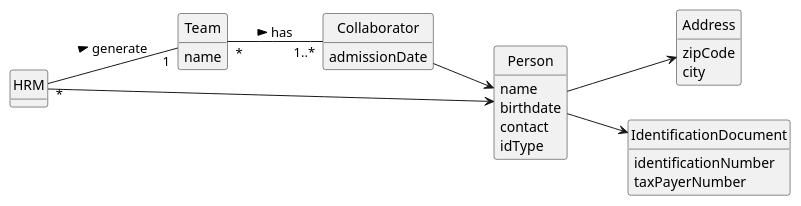
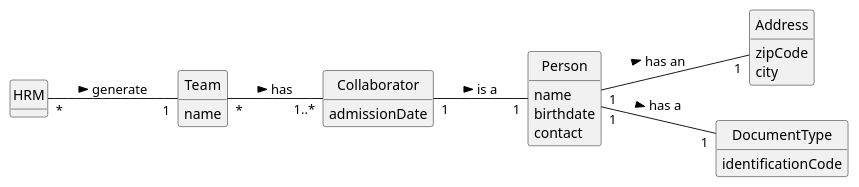
The diagram in docs/sprintA/us005/02.analysis/puml/us005-domain-model.puml (ricardomm7/leaflink), drawn with PlantUML before and after one commit. The commit also changed 14 other files, not shown here.

```diff
--- a/docs/sprintA/us005/02.analysis/puml/us005-domain-model.puml
+++ b/docs/sprintA/us005/02.analysis/puml/us005-domain-model.puml
@@ -1,46 +1,44 @@
 @startuml
 skinparam monochrome true
 skinparam packageStyle rectangle
 skinparam shadowing false
 
 left to right direction
 
 skinparam classAttributeIconSize 0
 
 hide circle
 hide methods
 
 
 class Team {
   name
 }
 
 class Person {
     name
     birthdate
     contact
-    idType
 }
 
 class Address{
     zipCode
     city
 }
 
 class Collaborator{
     admissionDate
 }
 
-class IdentificationDocument{
-  identificationNumber
-  taxPayerNumber
+class DocumentType{
+  identificationCode
+
 }
 
 HRM "*" -- "1" Team: generate   >
-HRM  -->  Person
-Person --> Address
-Collaborator  -->  Person
-Person  -->  IdentificationDocument
+Person "1" -- "1" Address: has an >
+Collaborator "1" -- "1"  Person: is a >
+Person "1" -- "1"  DocumentType: has a >
 Team "*" -- "1..*" Collaborator : has >
 
 @enduml
```
